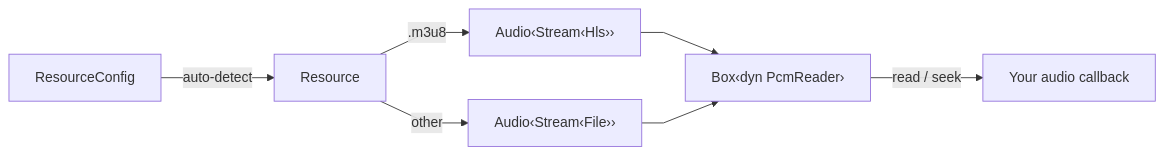
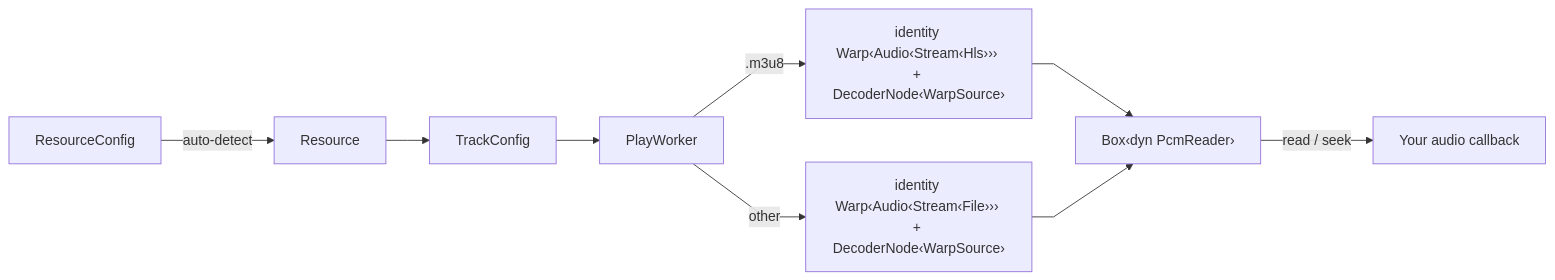
Before and after one commit to gerasim13/kithara: the diagram in crates/kithara/ARCHITECTURE.md, drawn with Mermaid. The commit also changed other lines of this file and 199 other files, not shown here.

Commit message:
refactor(play): move playback ownership out of audio

````diff
--- a/crates/kithara/ARCHITECTURE.md
+++ b/crates/kithara/ARCHITECTURE.md
@@ -7,10 +7,12 @@
 ```mermaid
 %%{init: {"flowchart": {"curve": "linear"}} }%%
 flowchart LR
     RC[ResourceConfig] -->|auto-detect| R[Resource]
-    R -->|".m3u8"| AH["Audio‹Stream‹Hls››"]
-    R -->|other| AF["Audio‹Stream‹File››"]
+    R --> TC[TrackConfig]
+    TC --> PW[PlayWorker]
+    PW -->|".m3u8"| AH["identity Warp‹Audio‹Stream‹Hls››› + DecoderNode‹WarpSource›"]
+    PW -->|other| AF["identity Warp‹Audio‹Stream‹File››› + DecoderNode‹WarpSource›"]
     AH --> PR["Box‹dyn PcmReader›"]
     AF --> PR
     PR -->|"read / seek"| APP[Your audio callback]
 ```
````
